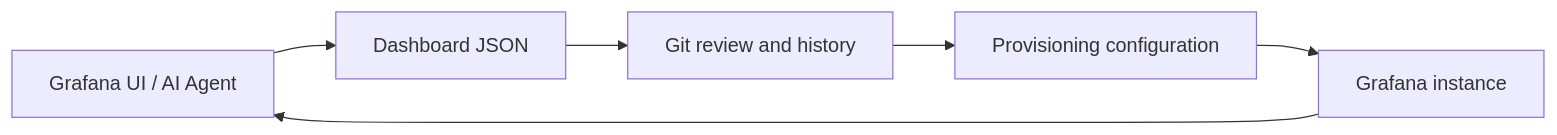
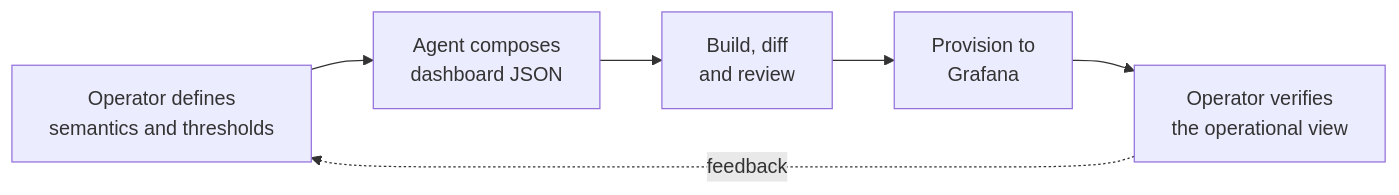
The fourth of 7 diagrams in slides.md (hanx-hep/28th-junocm-dci), drawn with Mermaid before and after one commit. The commit also changed other lines of this file and 2 other files, not shown here.

````diff
--- a/slides.md
+++ b/slides.md
@@ -173,8 +234,8 @@
-```mermaid {scale: 0.7}
+```mermaid {scale: 0.65}
 flowchart LR
-    A[Grafana UI / AI Agent] --> B[Dashboard JSON]
-    B --> C[Git review and history]
-    C --> D[Provisioning configuration]
-    D --> E[Grafana instance]
-    E --> A
+    A[Operator defines<br/>semantics and thresholds] --> B[Agent composes<br/>dashboard JSON]
+    B --> C[Build, diff<br/>and review]
+    C --> D[Provision to<br/>Grafana]
+    D --> E[Operator verifies<br/>the operational view]
+    E -. feedback .-> A
 ```
````
